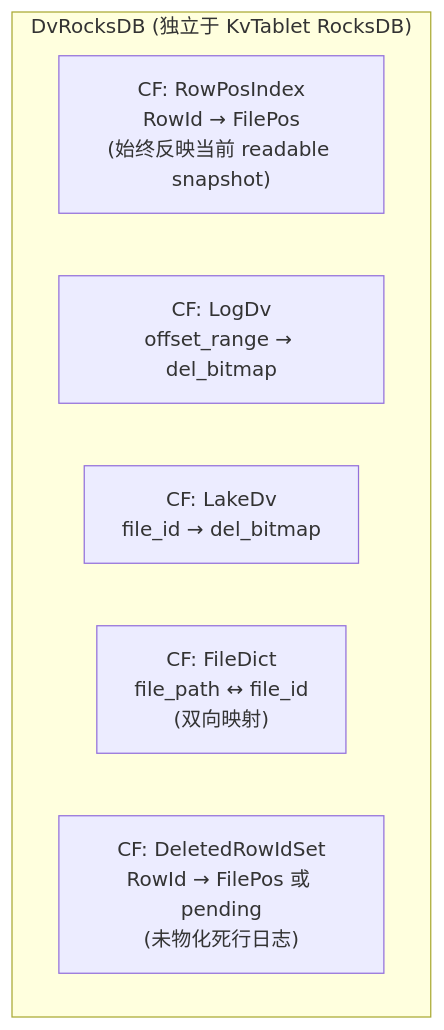
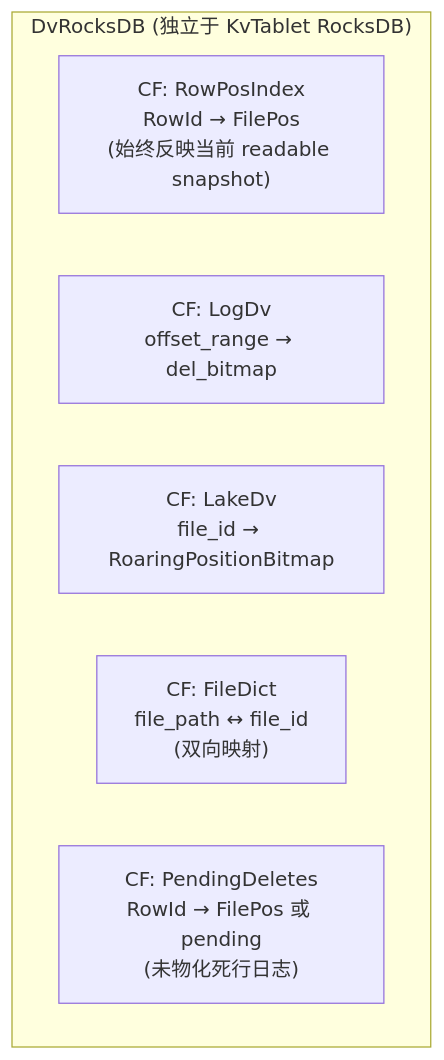
One commit to luoyuxia/fluss changed the tenth of 28 diagrams in design-doc/fluss-deletion-vector-overview-v2.md. Above: the diagram before and after it, drawn with Mermaid. The commit also changed other lines of this file and 1 other file, not shown here.

````diff
--- a/design-doc/fluss-deletion-vector-overview-v2.md
+++ b/design-doc/fluss-deletion-vector-overview-v2.md
@@ -231,10 +229,10 @@
 ```mermaid
 graph TD
     subgraph DvRocksDB["DvRocksDB (独立于 KvTablet RocksDB)"]
         CF1["CF: RowPosIndex<br/>RowId → FilePos<br/>(始终反映当前 readable snapshot)"]
         CF3["CF: LogDv<br/>offset_range → del_bitmap"]
-        CF4["CF: LakeDv<br/>file_id → del_bitmap"]
+        CF4["CF: LakeDv<br/>file_id → RoaringPositionBitmap"]
         CF5["CF: FileDict<br/>file_path ↔ file_id<br/>(双向映射)"]
-        CF6["CF: DeletedRowIdSet<br/>RowId → FilePos 或 pending<br/>(未物化死行日志)"]
+        CF6["CF: PendingDeletes<br/>RowId → FilePos 或 pending<br/>(未物化死行日志)"]
     end
 ```
````
